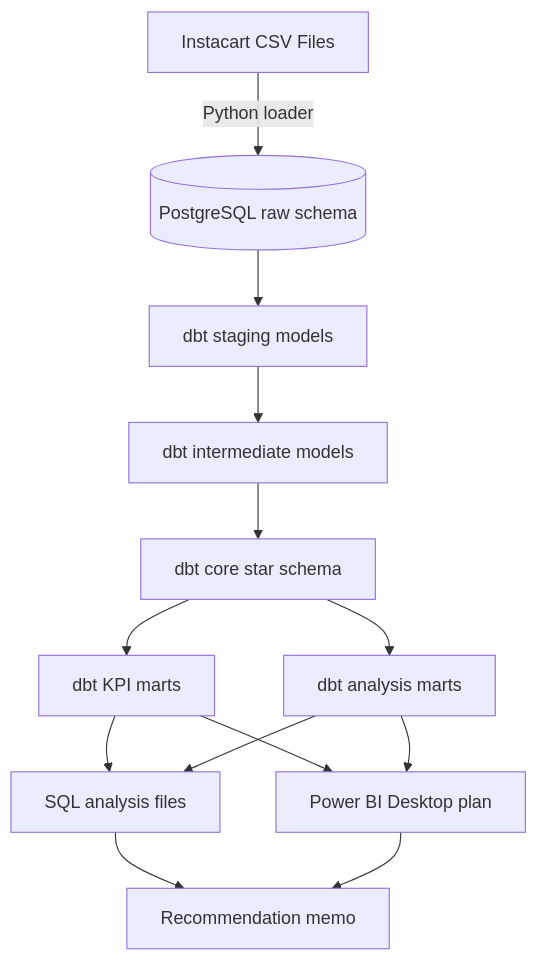
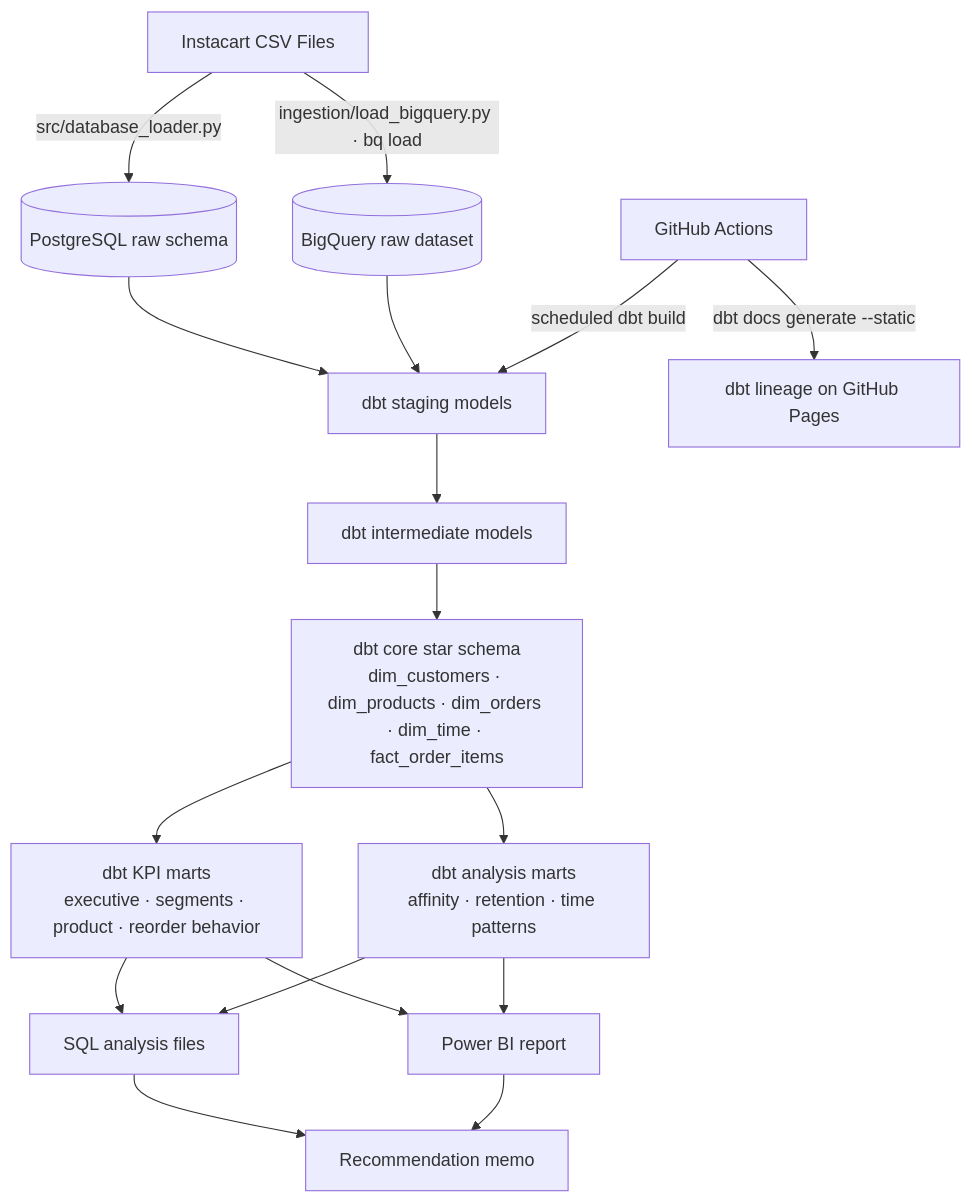
One commit to Kartz82/instacart-intelligence-platform changed the diagram in README.md. Above: the diagram before and after it, drawn with Mermaid. The commit also changed other lines of this file and 9 other files, not shown here.

````diff
--- a/README.md
+++ b/README.md
@@ -57,15 +57,19 @@
 ```mermaid
 flowchart TD
-    A[Instacart CSV Files] -->|Python loader| B[(PostgreSQL raw schema)]
+    A[Instacart CSV Files] -->|src/database_loader.py| B[(PostgreSQL raw schema)]
+    A -->|ingestion/load_bigquery.py · bq load| B2[(BigQuery raw dataset)]
     B --> C[dbt staging models]
+    B2 --> C
     C --> D[dbt intermediate models]
-    D --> E[dbt core star schema]
-    E --> F[dbt KPI marts]
-    E --> G[dbt analysis marts]
+    D --> E[dbt core star schema<br/>dim_customers · dim_products · dim_orders · dim_time · fact_order_items]
+    E --> F[dbt KPI marts<br/>executive · segments · product · reorder behavior]
+    E --> G[dbt analysis marts<br/>affinity · retention · time patterns]
     F --> H[SQL analysis files]
     G --> H
-    F --> I[Power BI Desktop plan]
+    F --> I[Power BI report]
     G --> I
     H --> J[Recommendation memo]
     I --> J
+    K[GitHub Actions] -->|scheduled dbt build| C
+    K -->|dbt docs generate --static| L[dbt lineage on GitHub Pages]
 ```
````
